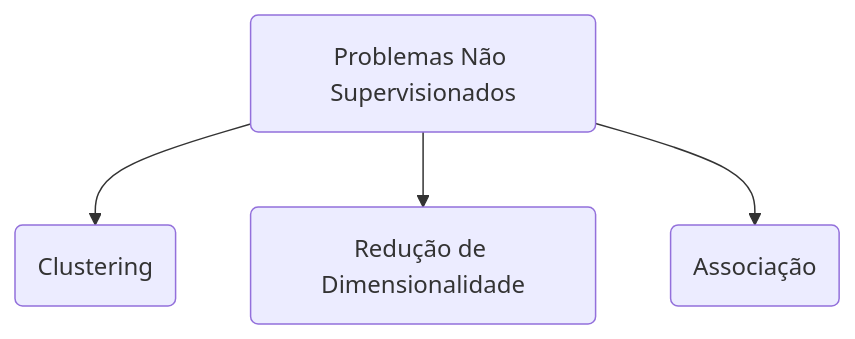
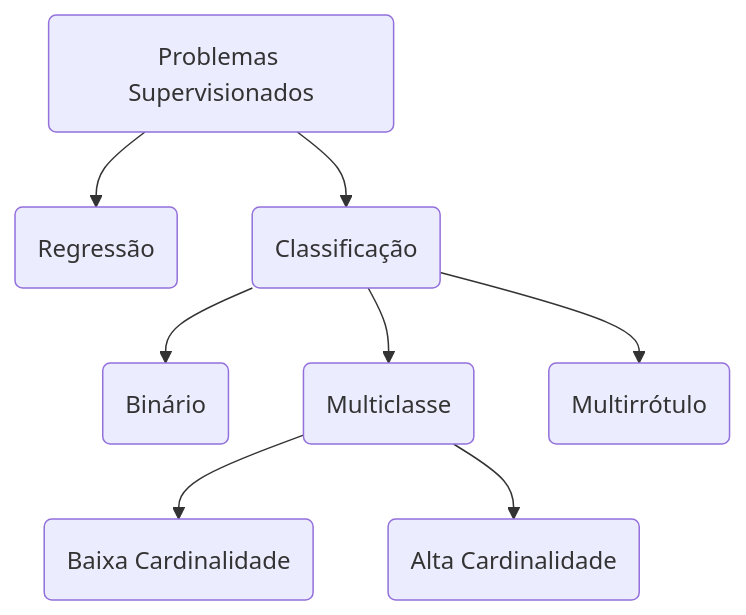
Before and after one commit to bezerraescossia/zettelkasten: the diagram in ML Supervisionado.md, drawn with Mermaid. The commit also changed other lines of this file and 9 other files, not shown here.

````diff
--- a/ML Supervisionado.md
+++ b/ML Supervisionado.md
@@ -12,6 +13,10 @@
 ```mermaid
 flowchart TB
-    A(Problemas Não Supervisionados) --> B(Clustering)
-    A --> C(Redução de Dimensionalidade)
-    A --> D(Associação)
+    A(Problemas Supervisionados) --> B(Regressão)
+    A --> C(Classificação)
+    C --> D(Binário)
+    C --> E(Multiclasse)
+    C --> F(Multirrótulo)
+    E --> G(Baixa Cardinalidade)
+    E --> H(Alta Cardinalidade)
 ```
````
